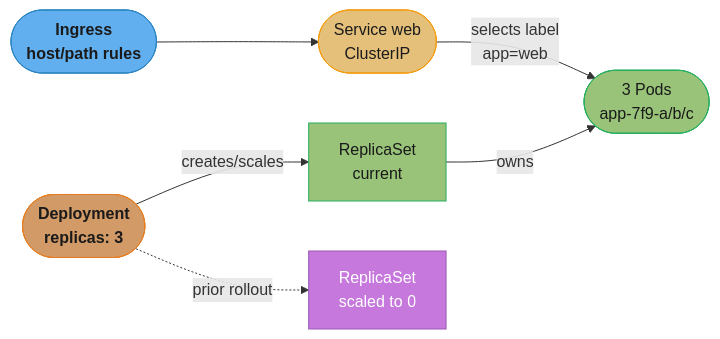
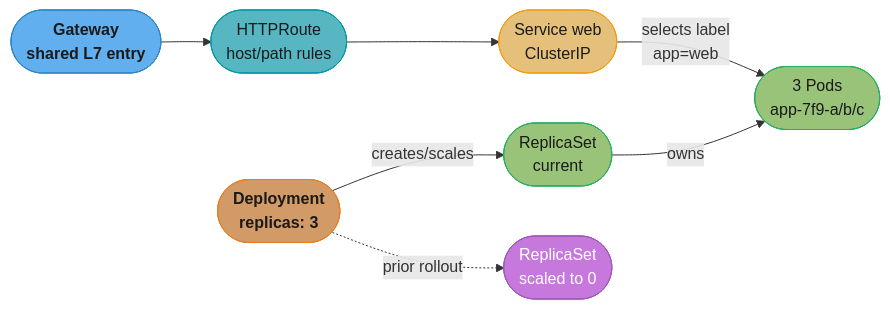
The fourth of 6 diagrams in src/main/java/com/rutik/systemdesign/devops/kubernetes_workloads_and_objects/kubernetes_workloads_and_objects.md (rppol/system-design), drawn with Mermaid before and after one commit. The commit also changed other lines of this file and 63 other files, not shown here.

````diff
--- a/src/main/java/com/rutik/systemdesign/devops/kubernetes_workloads_and_objects/kubernetes_workloads_and_objects.md
+++ b/src/main/java/com/rutik/systemdesign/devops/kubernetes_workloads_and_objects/kubernetes_workloads_and_objects.md
@@ -132,22 +170,24 @@
 ```mermaid
 flowchart LR
     classDef io      fill:#61afef,stroke:#2e86c1,color:#1a1a1a,font-weight:bold
     classDef frozen  fill:#c678dd,stroke:#9b59b6,color:#fff
     classDef train   fill:#98c379,stroke:#27ae60,color:#1a1a1a
     classDef mathOp  fill:#d19a66,stroke:#e67e22,color:#1a1a1a,font-weight:bold
     classDef lossN   fill:#e06c75,stroke:#c0392b,color:#fff,font-weight:bold
     classDef req     fill:#56b6c2,stroke:#0097a7,color:#1a1a1a
     classDef base    fill:#e5c07b,stroke:#f39c12,color:#1a1a1a
 
-    ingress(["Ingress<br/>host/path rules"]) --> svc(["Service web<br/>ClusterIP"])
+    gw(["Gateway<br/>shared L7 entry"]) --> route(["HTTPRoute<br/>host/path rules"])
+    route --> svc(["Service web<br/>ClusterIP"])
     svc -->|"selects label<br/>app=web"| pods(["3 Pods<br/>app-7f9-a/b/c"])
-    deploy(["Deployment<br/>replicas: 3"]) -->|"creates/scales"| rsNew["ReplicaSet<br/>current"]
+    deploy(["Deployment<br/>replicas: 3"]) -->|"creates/scales"| rsNew(["ReplicaSet<br/>current"])
     rsNew -->|"owns"| pods
-    deploy -.->|"prior rollout"| rsOld["ReplicaSet<br/>scaled to 0"]
+    deploy -.->|"prior rollout"| rsOld(["ReplicaSet<br/>scaled to 0"])
 
-    class ingress io
+    class gw io
+    class route req
     class svc base
     class deploy mathOp
     class rsNew,pods train
     class rsOld frozen
 ```
````
